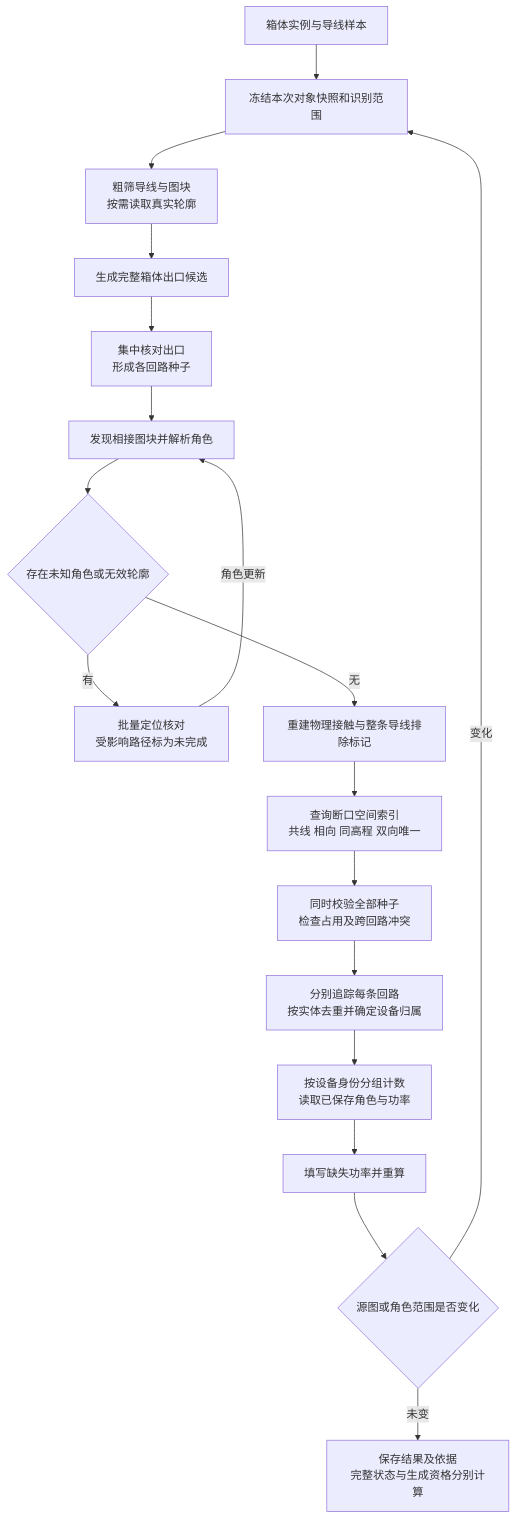
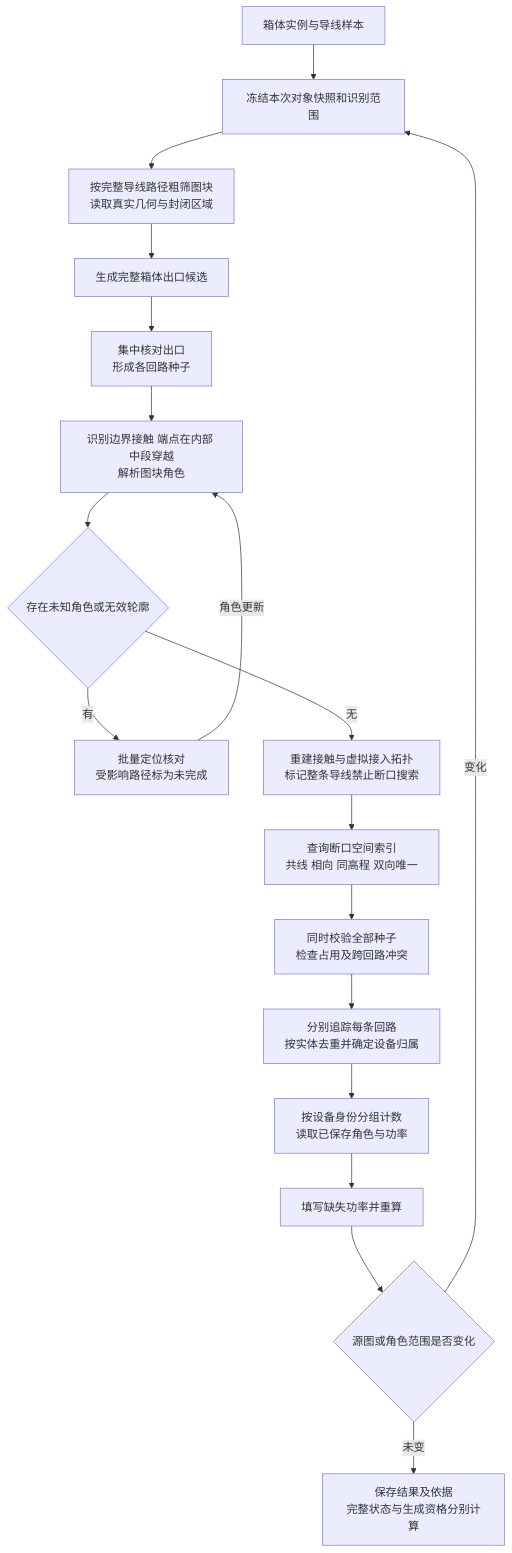
Before and after one commit to WuwuZhang0019/Emergency-Lighting: the second of 2 diagrams in docs/04_整箱自动分回路统计与设备功率赋值方案.md, drawn with Mermaid. The commit also changed other lines of this file, not shown here.

````diff
--- a/docs/04_整箱自动分回路统计与设备功率赋值方案.md
+++ b/docs/04_整箱自动分回路统计与设备功率赋值方案.md
@@ -111,20 +129,20 @@
 ```mermaid
 flowchart TD
     A[箱体实例与导线样本] --> B[冻结本次对象快照和识别范围]
-    B --> C[粗筛导线与图块<br/>按需读取真实轮廓]
+    B --> C[按完整导线路径粗筛图块<br/>读取真实几何与封闭区域]
     C --> D[生成完整箱体出口候选]
     D --> E[集中核对出口<br/>形成各回路种子]
-    E --> F[发现相接图块并解析角色]
+    E --> F[识别边界接触 端点在内部 中段穿越<br/>解析图块角色]
     F --> G{存在未知角色或无效轮廓}
     G -->|有| H[批量定位核对<br/>受影响路径标为未完成]
     H -->|角色更新| F
-    G -->|无| I[重建物理接触与整条导线排除标记]
+    G -->|无| I[重建接触与虚拟接入拓扑<br/>标记整条导线禁止断口搜索]
     I --> J[查询断口空间索引<br/>共线 相向 同高程 双向唯一]
     J --> K[同时校验全部种子<br/>检查占用及跨回路冲突]
     K --> L[分别追踪每条回路<br/>按实体去重并确定设备归属]
     L --> M[按设备身份分组计数<br/>读取已保存角色与功率]
     M --> N[填写缺失功率并重算]
     N --> O{源图或角色范围是否变化}
     O -->|变化| B
     O -->|未变| P[保存结果及依据<br/>完整状态与生成资格分别计算]
 ```
````
